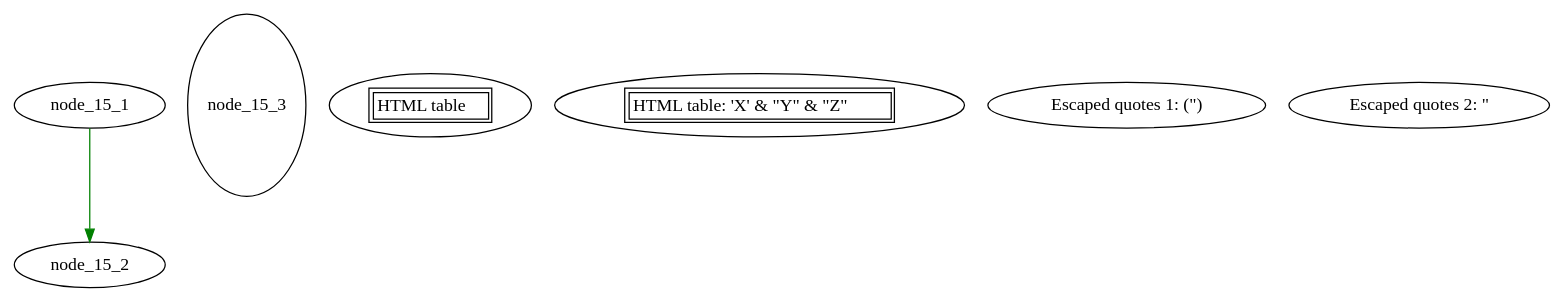
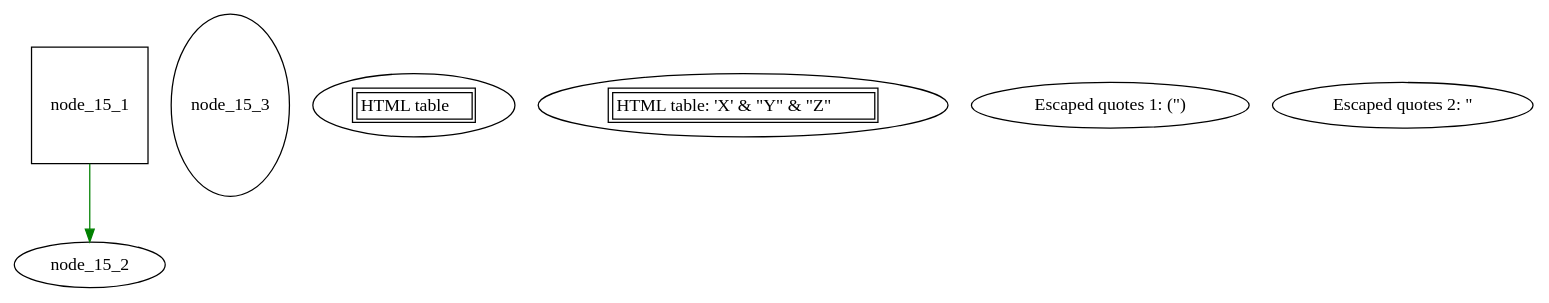
Before and after one commit to graphviz-perl/GraphViz2-Marpa: the diagram in data/15.gv, drawn with Graphviz. The commit also changed 3 other files, not shown here.

```diff
--- a/data/15.gv
+++ b/data/15.gv
@@ -1,18 +1,18 @@
 digraph graph_15
 {
 	edge
 	[
-		"color" = "green"
-	]
+		"color" = "green",
+	];
 
-	node_15_1 [fillcolor = red]
+	node_15_1 [fillcolor = red shape = square,];
 	node_15_2 ["size"    = 5]
-	node_15_3 [height    = "2"]
+	node_15_3 [height    = "2"];
 	node_15_4 [label     = <<table><tr><td>HTML table</td></tr></table>>]
-	node_15_5 [label     = <<table><tr><td>"HTML table"</td></tr></table>>]
+	node_15_5 [label     = <<table><tr><td>"HTML table"</td></tr></table>>];
 	node_15_5 [label     = <<table><tr><td>HTML table: 'X' &amp; "Y" &amp; "Z"</td></tr></table>>]
-	node_15_6 [label     = "Escaped quotes 1: (\")"]
-	node_15_7 [label     = "Escaped quotes 2: \""]
+	node_15_6 [label     = "Escaped quotes 1: (\")"];
+	node_15_7 [label     = "Escaped quotes 2: \""];
 
-	node_15_1 -> node_15_2
+	node_15_1 -> node_15_2;
 }
```
